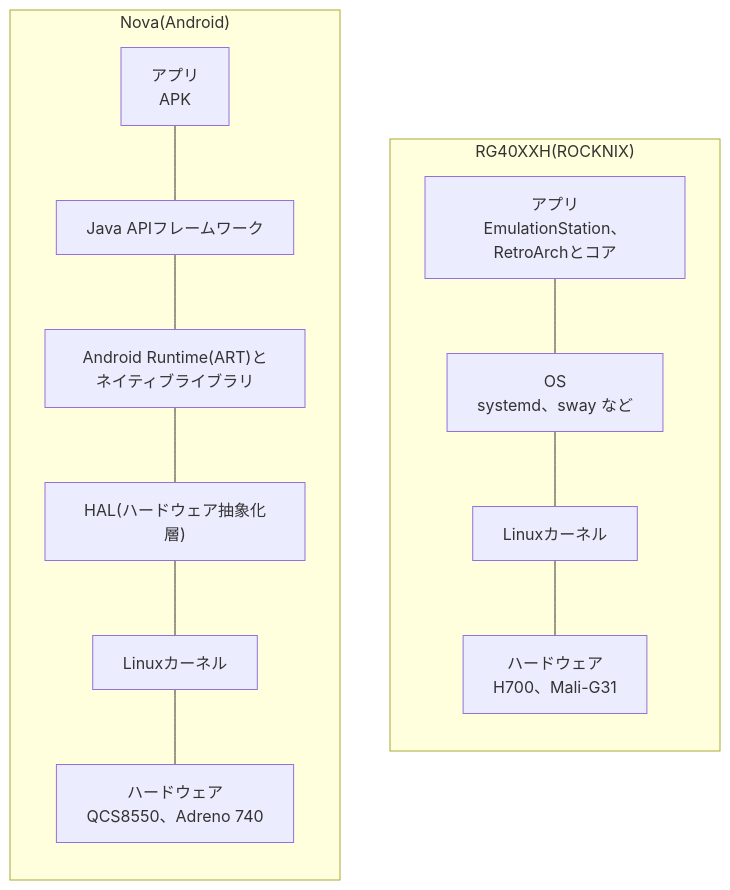
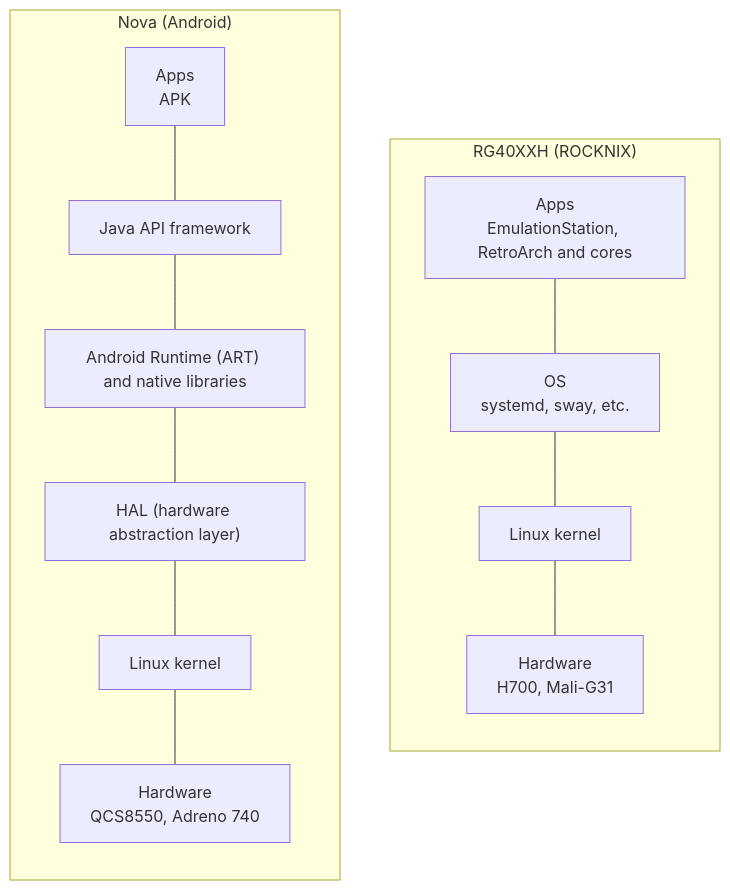
One commit to kiwamizamurai/gaming changed the second of 4 diagrams in articles/24-android-nova.md. Above: the diagram before and after it, drawn with Mermaid. The commit also changed other lines of this file and 46 other files, not shown here.

````diff
--- a/articles/24-android-nova.md
+++ b/articles/24-android-nova.md
@@ -73,21 +73,21 @@
 ```mermaid
 flowchart TB
-  subgraph R["RG40XXH(ROCKNIX)"]
+  subgraph R["RG40XXH (ROCKNIX)"]
     direction TB
-    r3["アプリ<br>EmulationStation、RetroArchとコア"]
-    r2["OS<br>systemd、sway など"]
-    r1["Linuxカーネル"]
-    r0["ハードウェア<br>H700、Mali-G31"]
+    r3["Apps<br>EmulationStation, RetroArch and cores"]
+    r2["OS<br>systemd, sway, etc."]
+    r1["Linux kernel"]
+    r0["Hardware<br>H700, Mali-G31"]
     r3 --- r2 --- r1 --- r0
   end
-  subgraph N["Nova(Android)"]
+  subgraph N["Nova (Android)"]
     direction TB
-    n4["アプリ<br>APK"]
-    n3["Java APIフレームワーク"]
-    n2["Android Runtime(ART)とネイティブライブラリ"]
-    n1["HAL(ハードウェア抽象化層)"]
-    n0["Linuxカーネル"]
-    n5["ハードウェア<br>QCS8550、Adreno 740"]
+    n4["Apps<br>APK"]
+    n3["Java API framework"]
+    n2["Android Runtime (ART) and native libraries"]
+    n1["HAL (hardware abstraction layer)"]
+    n0["Linux kernel"]
+    n5["Hardware<br>QCS8550, Adreno 740"]
     n4 --- n3 --- n2 --- n1 --- n0 --- n5
   end
 ```
````
